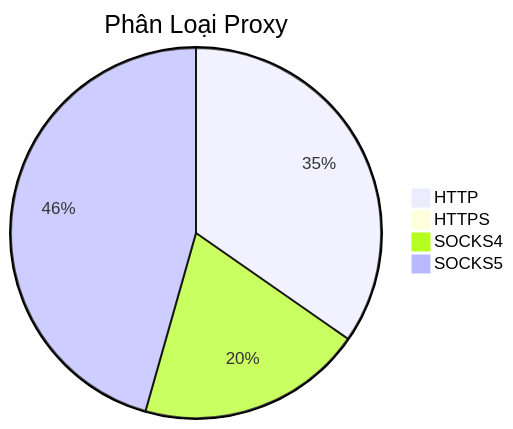
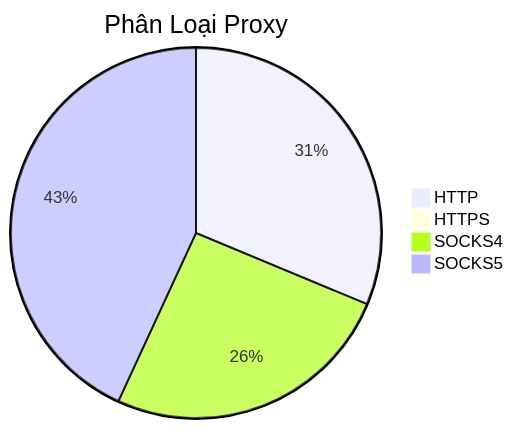
One commit to Ciara-12/PROXY-free changed the diagram in README.md. Above: the diagram before and after it, drawn with Mermaid. The commit also changed other lines of this file and 3 other files, not shown here.

````diff
--- a/README.md
+++ b/README.md
@@ -26,7 +26,7 @@
 ```mermaid
 pie title Phân Loại Proxy
-    "HTTP" : 410
+    "HTTP" : 359
     "HTTPS" : 0
-    "SOCKS4" : 233
-    "SOCKS5" : 539
+    "SOCKS4" : 294
+    "SOCKS5" : 495
 ```
````
